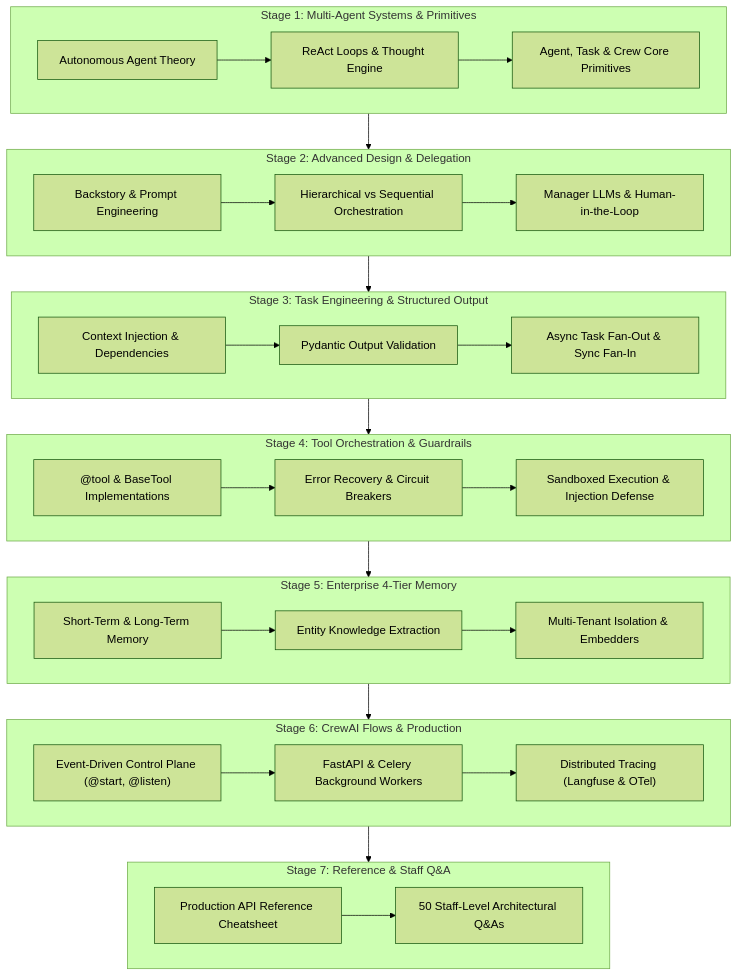
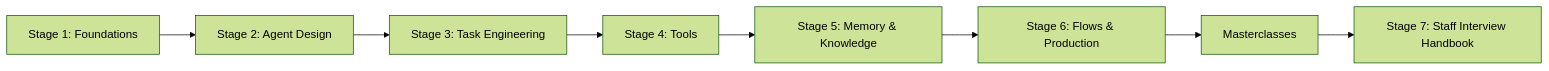
The first of 27 diagrams in README.md (TheLearningHubOrg/learn-crewai), drawn with Mermaid (forest theme) before and after one commit. The commit also changed other lines of this file and 32 other files, not shown here.

````diff
--- a/README.md
+++ b/README.md
@@ -9,38 +31,10 @@
 ```mermaid
-flowchart TD
-    subgraph S1["Stage 1: Multi-Agent Systems & Primitives"]
-        A1["Autonomous Agent Theory"] --> A2["ReAct Loops & Thought Engine"]
-        A2 --> A3["Agent, Task & Crew Core Primitives"]
-    end
-
-    subgraph S2["Stage 2: Advanced Design & Delegation"]
-        B1["Backstory & Prompt Engineering"] --> B2["Hierarchical vs Sequential Orchestration"]
-        B2 --> B3["Manager LLMs & Human-in-the-Loop"]
-    end
-
-    subgraph S3["Stage 3: Task Engineering & Structured Output"]
-        C1["Context Injection & Dependencies"] --> C2["Pydantic Output Validation"]
-        C2 --> C3["Async Task Fan-Out & Sync Fan-In"]
-    end
-
-    subgraph S4["Stage 4: Tool Orchestration & Guardrails"]
-        D1["@tool & BaseTool Implementations"] --> D2["Error Recovery & Circuit Breakers"]
-        D2 --> D3["Sandboxed Execution & Injection Defense"]
-    end
-
-    subgraph S5["Stage 5: Enterprise 4-Tier Memory"]
-        E1["Short-Term & Long-Term Memory"] --> E2["Entity Knowledge Extraction"]
-        E2 --> E3["Multi-Tenant Isolation & Embedders"]
-    end
-
-    subgraph S6["Stage 6: CrewAI Flows & Production"]
-        F1["Event-Driven Control Plane (@start, @listen)"] --> F2["FastAPI & Celery Background Workers"]
-        F2 --> F3["Distributed Tracing (Langfuse & OTel)"]
-    end
-
-    subgraph S7["Stage 7: Reference & Staff Q&A"]
-        G1["Production API Reference Cheatsheet"] --> G2["50 Staff-Level Architectural Q&As"]
-    end
-
-    S1 --> S2 --> S3 --> S4 --> S5 --> S6 --> S7
+flowchart LR
+    S1["Stage 1: Foundations"] --> S2["Stage 2: Agent Design"]
+    S2 --> S3["Stage 3: Task Engineering"]
+    S3 --> S4["Stage 4: Tools"]
+    S4 --> S5["Stage 5: Memory & Knowledge"]
+    S5 --> S6["Stage 6: Flows & Production"]
+    S6 --> M["Masterclasses"]
+    M --> S7["Stage 7: Staff Interview Handbook"]
 ```
````
